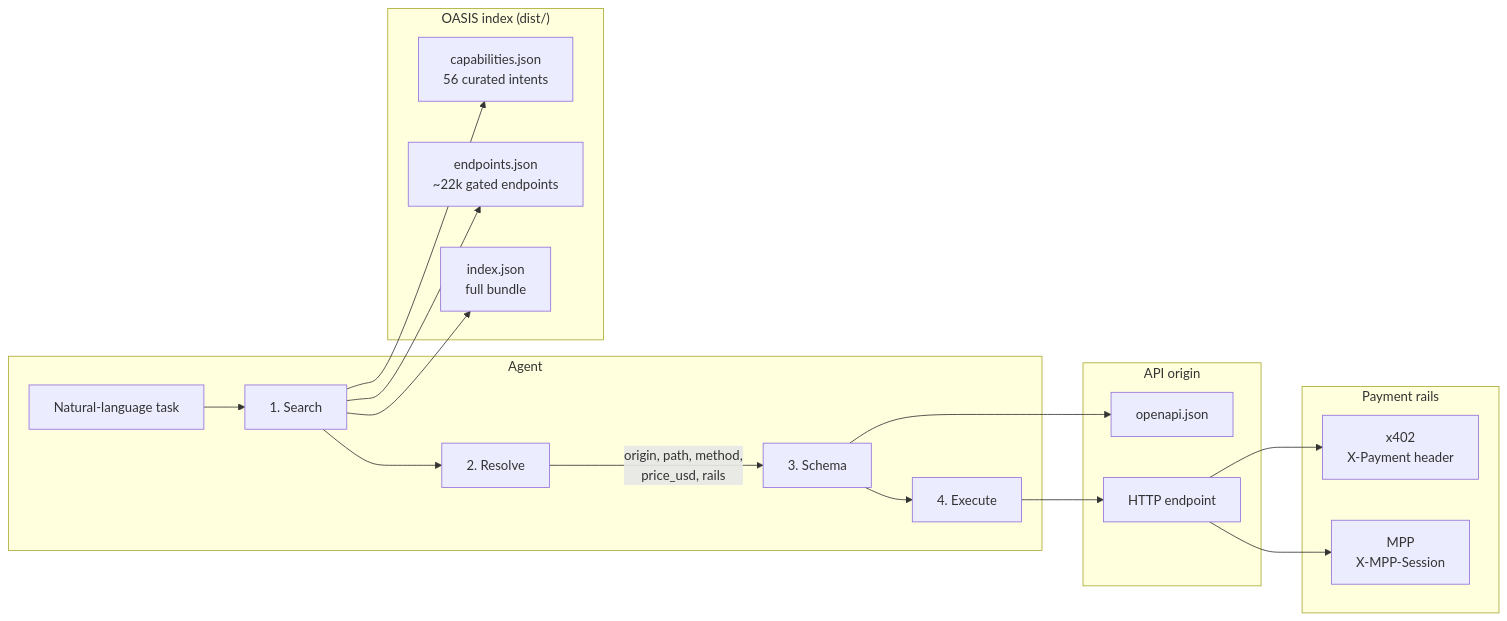
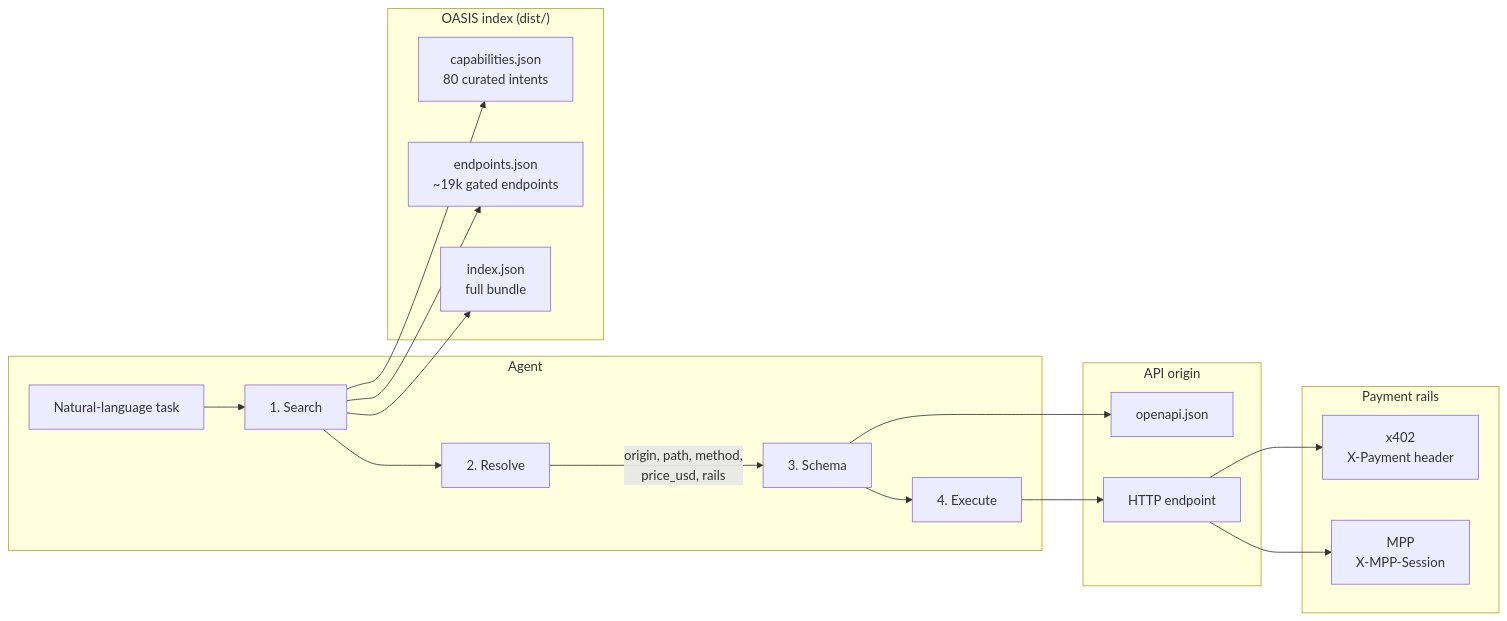
Before and after one commit to Syntalic/OASIS: the first of 5 diagrams in ARCHITECTURE.md, drawn with Mermaid. The commit also changed other lines of this file and 15 other files, not shown here.

````diff
--- a/ARCHITECTURE.md
+++ b/ARCHITECTURE.md
@@ -12,38 +12,38 @@
 ```mermaid
 flowchart LR
   subgraph agent["Agent"]
     Q["Natural-language task"]
     S["1. Search"]
     R["2. Resolve"]
     SC["3. Schema"]
     X["4. Execute"]
   end
 
   subgraph oasis["OASIS index (dist/)"]
-    CAP["capabilities.json<br/>56 curated intents"]
-    EP["endpoints.json<br/>~22k gated endpoints"]
+    CAP["capabilities.json<br/>80 curated intents"]
+    EP["endpoints.json<br/>~19k gated endpoints"]
     IDX["index.json<br/>full bundle"]
   end
 
   subgraph origin["API origin"]
     OAPI["openapi.json"]
     API["HTTP endpoint"]
   end
 
   subgraph payment["Payment rails"]
     X402["x402<br/>X-Payment header"]
     MPP["MPP<br/>X-MPP-Session"]
   end
 
   Q --> S
   S --> CAP
   S --> EP
   S --> IDX
   S --> R
   R -->|"origin, path, method,<br/>price_usd, rails"| SC
   SC --> OAPI
   SC --> X
   X --> API
   API --> X402
   API --> MPP
 ```
````
